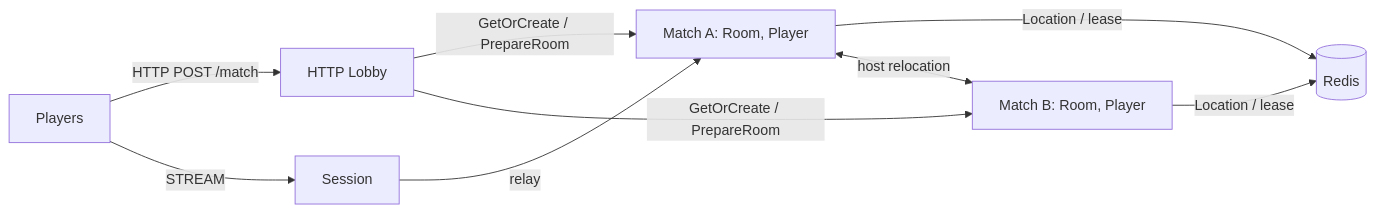
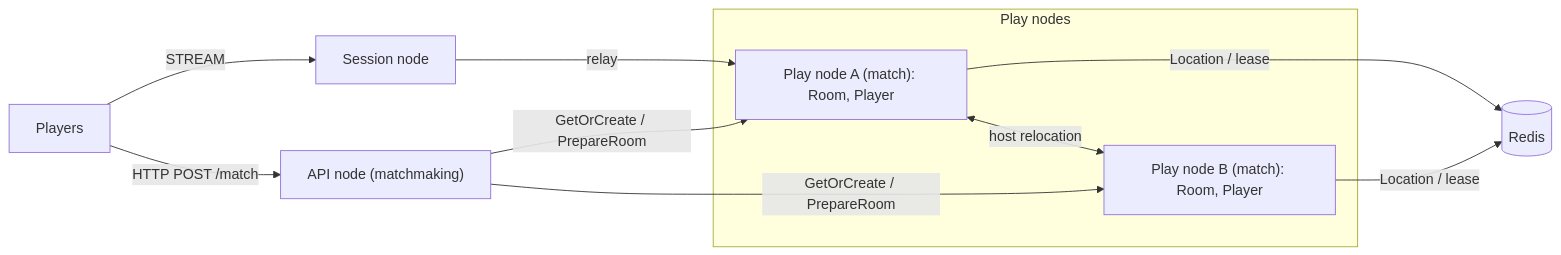
One commit to zlink-systems/zlink changed the diagram in framework/languages/dotnet/templates/fps-http-lobby/my-game/README.md. Above: the diagram before and after it, drawn with Mermaid. The commit also changed other lines of this file and 223 other files, not shown here.

First line of the commit message:
docs(templates): 모든 템플릿의 노드 이름을 Session node · Play node · API node로 (#5350)

````diff
--- a/framework/languages/dotnet/templates/fps-http-lobby/my-game/README.md
+++ b/framework/languages/dotnet/templates/fps-http-lobby/my-game/README.md
@@ -5,11 +5,15 @@
 ```mermaid
 flowchart LR
-    players[Players] -->|HTTP POST /match| lobby[HTTP Lobby]
-    players -->|STREAM| session[Session]
-    lobby -->|GetOrCreate / PrepareRoom| matchA[Match A: Room, Player]
-    lobby -->|GetOrCreate / PrepareRoom| matchB[Match B: Room, Player]
+    subgraph playNodes["Play nodes"]
+      matchA["Play node A (match): Room, Player"]
+      matchB["Play node B (match): Room, Player"]
+    end
+    players[Players] -->|STREAM| session["Session node"]
+    lobby -->|GetOrCreate / PrepareRoom| matchA
+    lobby -->|GetOrCreate / PrepareRoom| matchB
     session -->|relay| matchA
     matchA -->|Location / lease| location[(Redis)]
     matchB -->|Location / lease| location
     matchA <-->|host relocation| matchB
+    players -->|HTTP POST /match| lobby["API node (matchmaking)"]
 ```
````
